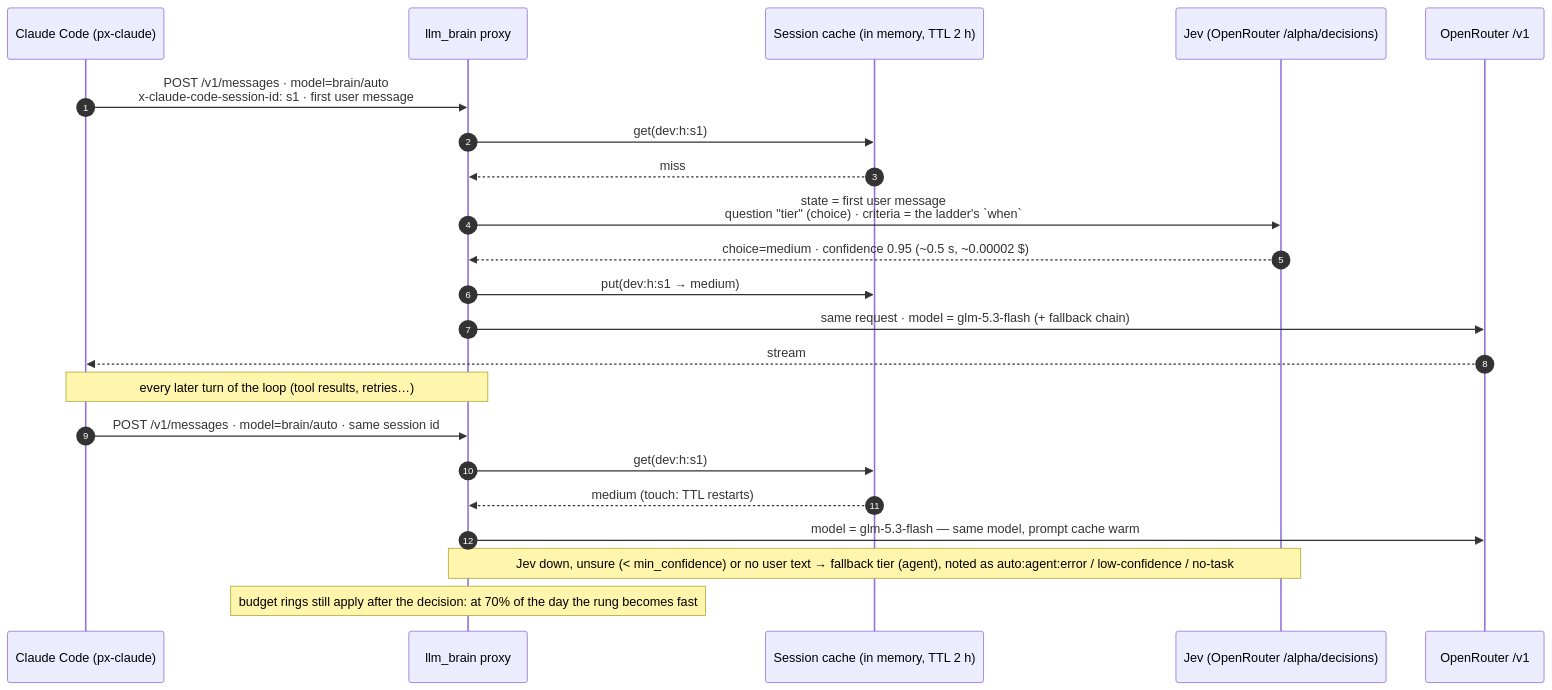
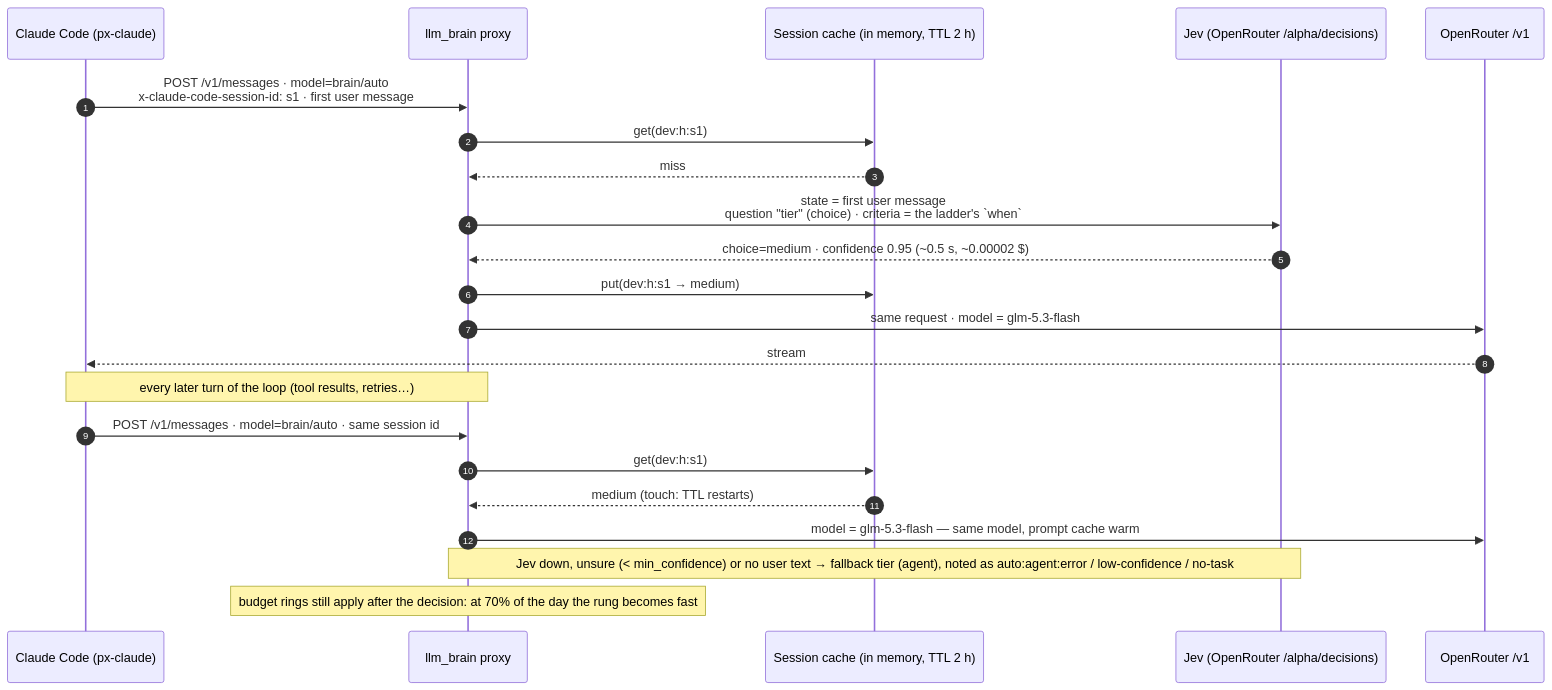
One commit to pjcau/llm_brain changed the diagram in diagrams/12-auto-routing.mmd. Above: the diagram before and after it, drawn with Mermaid. The commit also changed 42 other files, not shown here.

```diff
--- a/diagrams/12-auto-routing.mmd
+++ b/diagrams/12-auto-routing.mmd
@@ -1,23 +1,23 @@
 sequenceDiagram
     autonumber
     participant CC as Claude Code (px-claude)
     participant PX as llm_brain proxy
     participant SC as Session cache (in memory, TTL 2 h)
     participant JV as Jev (OpenRouter /alpha/decisions)
     participant OR as OpenRouter /v1
 
     CC->>PX: POST /v1/messages · model=brain/auto<br/>x-claude-code-session-id: s1 · first user message
     PX->>SC: get(dev:h:s1)
     SC-->>PX: miss
     PX->>JV: state = first user message<br/>question "tier" (choice) · criteria = the ladder's `when`
     JV-->>PX: choice=medium · confidence 0.95 (~0.5 s, ~0.00002 $)
     PX->>SC: put(dev:h:s1 → medium)
-    PX->>OR: same request · model = glm-5.3-flash (+ fallback chain)
+    PX->>OR: same request · model = glm-5.3-flash
     OR-->>CC: stream
     Note over CC,PX: every later turn of the loop (tool results, retries…)
     CC->>PX: POST /v1/messages · model=brain/auto · same session id
     PX->>SC: get(dev:h:s1)
     SC-->>PX: medium (touch: TTL restarts)
     PX->>OR: model = glm-5.3-flash — same model, prompt cache warm
     Note over PX,JV: Jev down, unsure (< min_confidence) or no user text → fallback tier (agent), noted as auto:agent:error / low-confidence / no-task
     Note over PX: budget rings still apply after the decision: at 70% of the day the rung becomes fast
```
